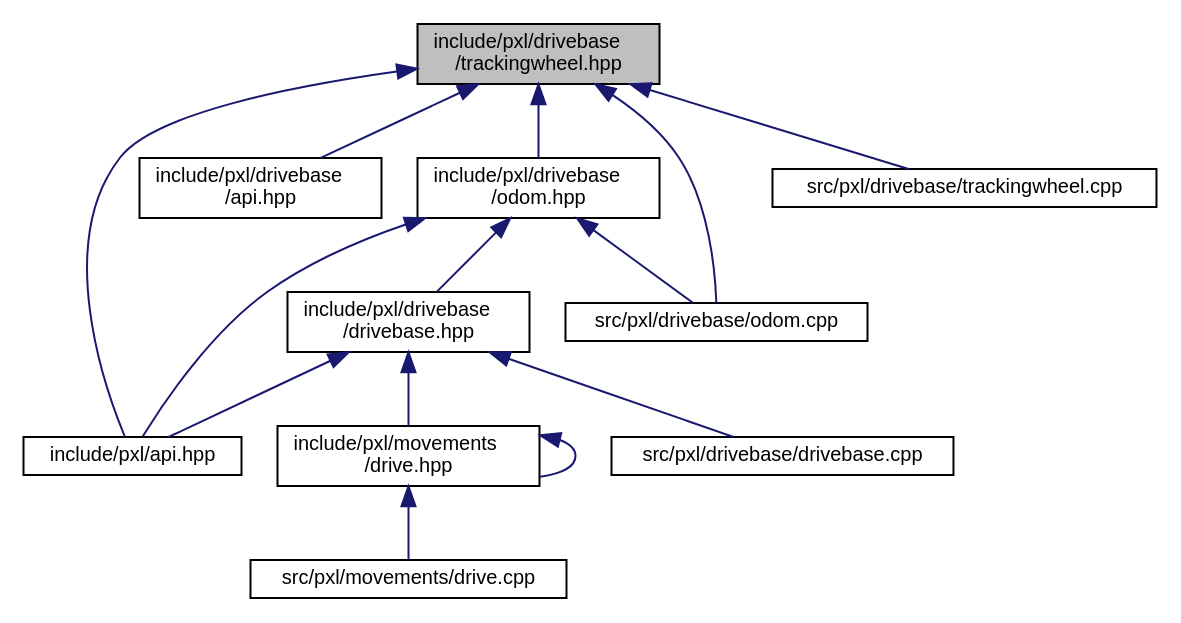
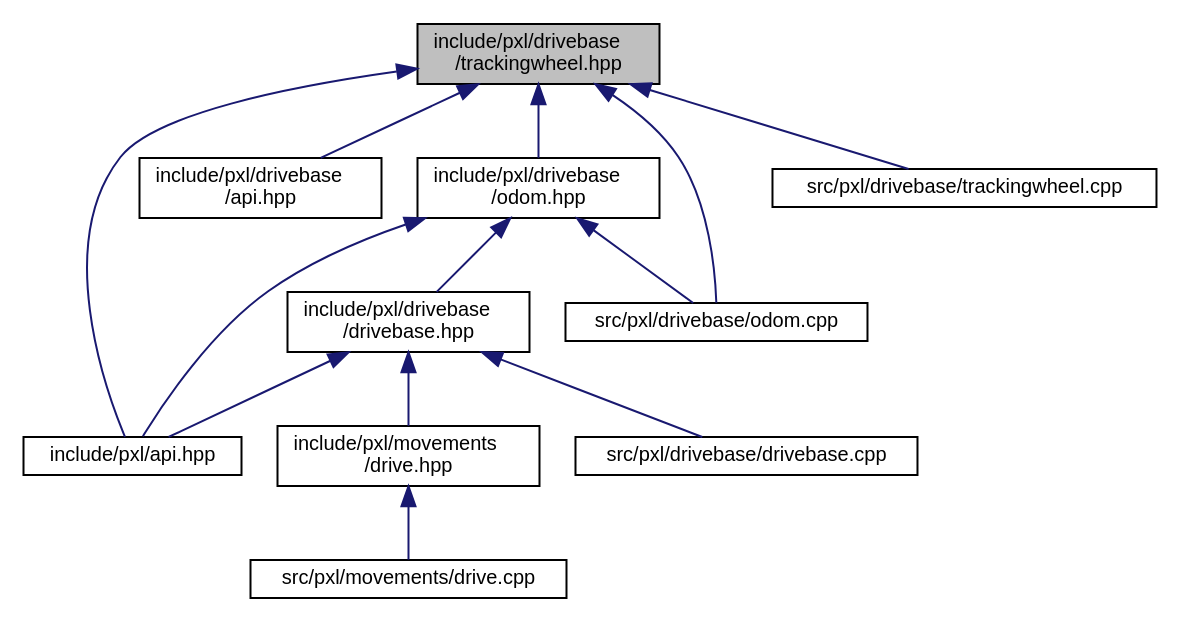
One commit to Pixel-Lib/Pixel changed the diagram in trackingwheel_8hpp__dep__incl.dot. Above: the diagram before and after it, drawn with Graphviz. The commit also changed 17 other files, not shown here.

```diff
--- a/trackingwheel_8hpp__dep__incl.dot
+++ b/trackingwheel_8hpp__dep__incl.dot
@@ -1,29 +1,28 @@
 digraph "include/pxl/drivebase/trackingwheel.hpp"
 {
  // LATEX_PDF_SIZE
   edge [fontname="Helvetica",fontsize="10",labelfontname="Helvetica",labelfontsize="10"];
   node [fontname="Helvetica",fontsize="10",shape=record];
   Node1 [label="include/pxl/drivebase\l/trackingwheel.hpp",height=0.2,width=0.4,color="black", fillcolor="grey75", style="filled", fontcolor="black",tooltip=" "];
   Node1 -> Node2 [dir="back",color="midnightblue",fontsize="10",style="solid",fontname="Helvetica"];
   Node2 [label="include/pxl/api.hpp",height=0.2,width=0.4,color="black", fillcolor="white", style="filled",URL="$api_8hpp.html",tooltip=" "];
   Node1 -> Node3 [dir="back",color="midnightblue",fontsize="10",style="solid",fontname="Helvetica"];
   Node3 [label="include/pxl/drivebase\l/api.hpp",height=0.2,width=0.4,color="black", fillcolor="white", style="filled",URL="$drivebase_2api_8hpp.html",tooltip=" "];
   Node1 -> Node4 [dir="back",color="midnightblue",fontsize="10",style="solid",fontname="Helvetica"];
   Node4 [label="include/pxl/drivebase\l/odom.hpp",height=0.2,width=0.4,color="black", fillcolor="white", style="filled",URL="$odom_8hpp.html",tooltip=" "];
   Node4 -> Node2 [dir="back",color="midnightblue",fontsize="10",style="solid",fontname="Helvetica"];
   Node4 -> Node5 [dir="back",color="midnightblue",fontsize="10",style="solid",fontname="Helvetica"];
   Node5 [label="include/pxl/drivebase\l/drivebase.hpp",height=0.2,width=0.4,color="black", fillcolor="white", style="filled",URL="$drivebase_8hpp.html",tooltip=" "];
   Node5 -> Node2 [dir="back",color="midnightblue",fontsize="10",style="solid",fontname="Helvetica"];
   Node5 -> Node6 [dir="back",color="midnightblue",fontsize="10",style="solid",fontname="Helvetica"];
   Node6 [label="include/pxl/movements\l/drive.hpp",height=0.2,width=0.4,color="black", fillcolor="white", style="filled",URL="$drive_8hpp.html",tooltip=" "];
-  Node6 -> Node6 [dir="back",color="midnightblue",fontsize="10",style="solid",fontname="Helvetica"];
   Node6 -> Node7 [dir="back",color="midnightblue",fontsize="10",style="solid",fontname="Helvetica"];
   Node7 [label="src/pxl/movements/drive.cpp",height=0.2,width=0.4,color="black", fillcolor="white", style="filled",URL="$drive_8cpp.html",tooltip=" "];
   Node5 -> Node8 [dir="back",color="midnightblue",fontsize="10",style="solid",fontname="Helvetica"];
   Node8 [label="src/pxl/drivebase/drivebase.cpp",height=0.2,width=0.4,color="black", fillcolor="white", style="filled",URL="$drivebase_8cpp.html",tooltip=" "];
   Node4 -> Node9 [dir="back",color="midnightblue",fontsize="10",style="solid",fontname="Helvetica"];
   Node9 [label="src/pxl/drivebase/odom.cpp",height=0.2,width=0.4,color="black", fillcolor="white", style="filled",URL="$odom_8cpp.html",tooltip=" "];
   Node1 -> Node9 [dir="back",color="midnightblue",fontsize="10",style="solid",fontname="Helvetica"];
   Node1 -> Node10 [dir="back",color="midnightblue",fontsize="10",style="solid",fontname="Helvetica"];
   Node10 [label="src/pxl/drivebase/trackingwheel.cpp",height=0.2,width=0.4,color="black", fillcolor="white", style="filled",URL="$trackingwheel_8cpp.html",tooltip=" "];
 }
```
